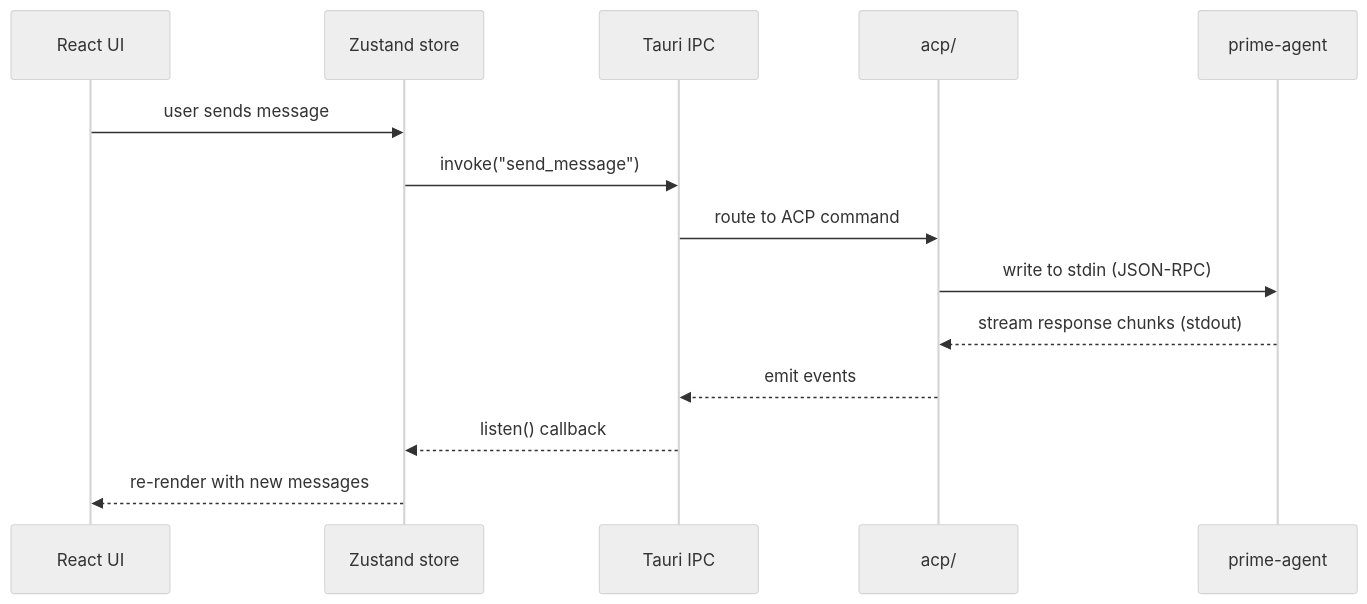
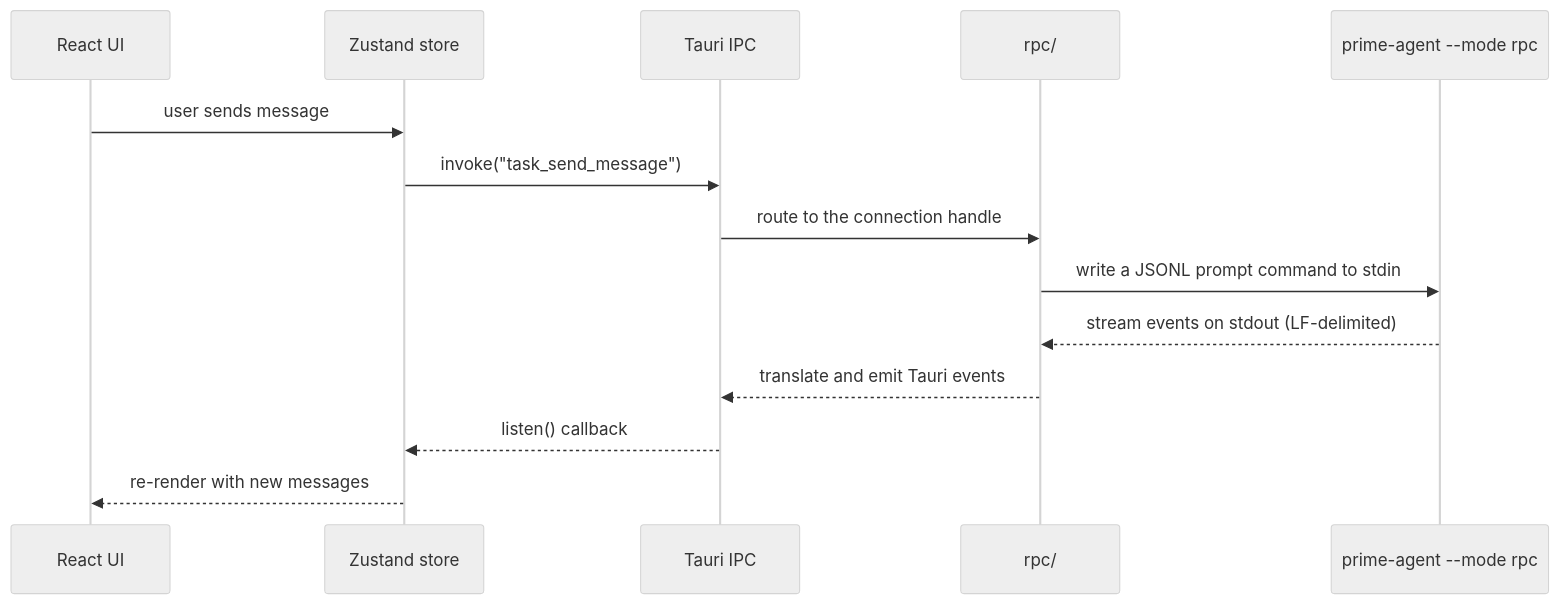
One commit to LAF-labs/prime changed the second of 2 diagrams in docs/architecture.md. Above: the diagram before and after it, drawn with Mermaid (neutral theme). The commit also changed other lines of this file and 16 other files, not shown here.

````diff
--- a/docs/architecture.md
+++ b/docs/architecture.md
@@ -51,17 +56,17 @@
 ```mermaid
 sequenceDiagram
   participant UI as React UI
   participant Store as Zustand store
   participant IPC as Tauri IPC
-  participant ACP as acp/
-  participant CLI as prime-agent
+  participant RPC as rpc/
+  participant CLI as prime-agent --mode rpc
 
   UI->>Store: user sends message
-  Store->>IPC: invoke("send_message")
-  IPC->>ACP: route to ACP command
-  ACP->>CLI: write to stdin (JSON-RPC)
-  CLI-->>ACP: stream response chunks (stdout)
-  ACP-->>IPC: emit events
+  Store->>IPC: invoke("task_send_message")
+  IPC->>RPC: route to the connection handle
+  RPC->>CLI: write a JSONL prompt command to stdin
+  CLI-->>RPC: stream events on stdout (LF-delimited)
+  RPC-->>IPC: translate and emit Tauri events
   IPC-->>Store: listen() callback
   Store-->>UI: re-render with new messages
 ```
````
